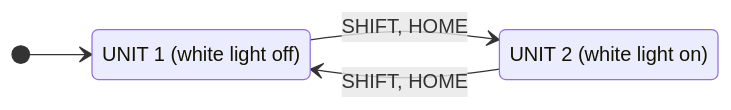
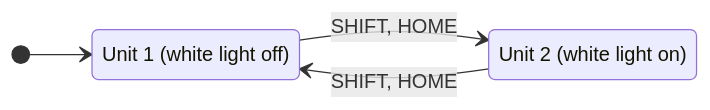
One commit to saschagrunert/avionics-panel changed the second of 2 diagrams in docs/using/controls.md. Above: the diagram before and after it, drawn with Mermaid. The commit also changed other lines of this file and 12 other files, not shown here.

````diff
--- a/docs/using/controls.md
+++ b/docs/using/controls.md
@@ -187,9 +191,9 @@
 ```mermaid
 stateDiagram-v2
   direction LR
-  state "UNIT 1 (white light off)" as U1
-  state "UNIT 2 (white light on)" as U2
+  state "Unit 1 (white light off)" as U1
+  state "Unit 2 (white light on)" as U2
   [*] --> U1
   U1 --> U2: SHIFT, HOME
   U2 --> U1: SHIFT, HOME
 ```
````
